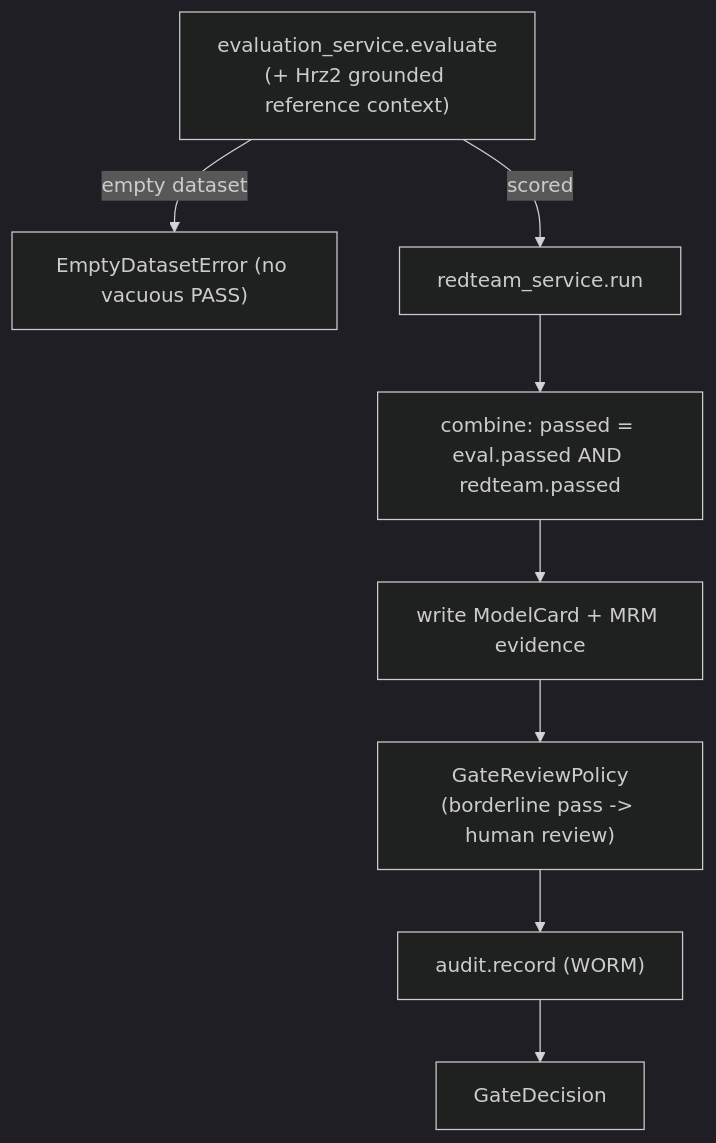
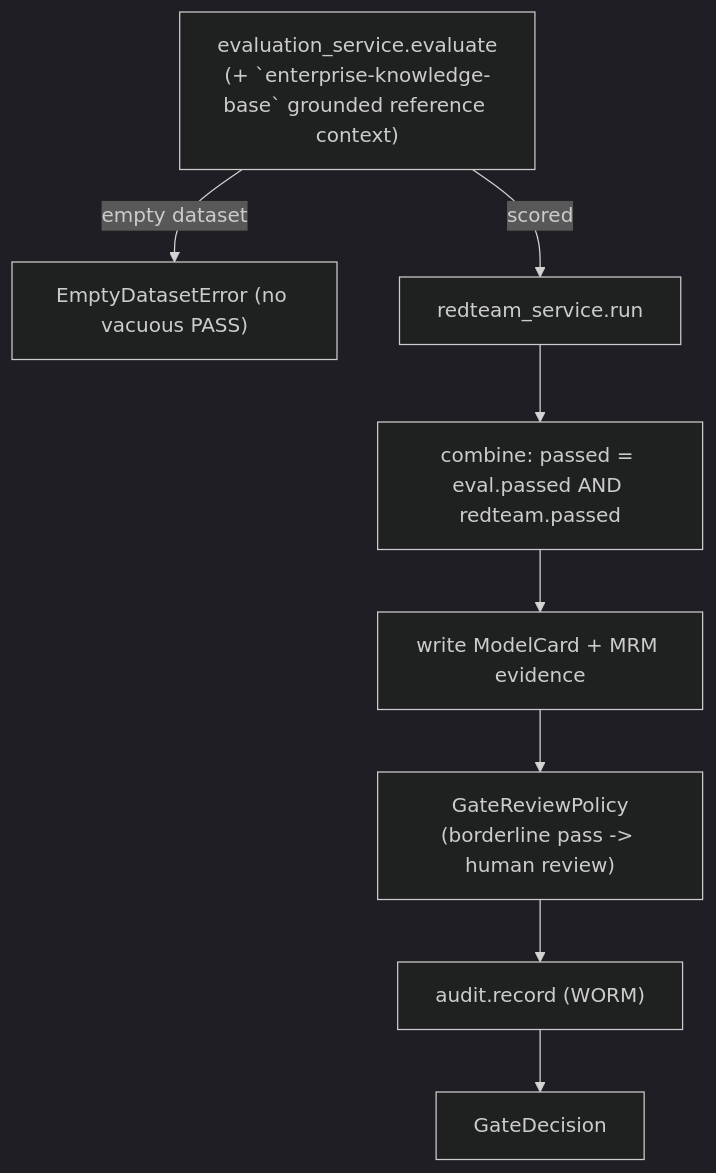
The second of 5 diagrams in ARCHITECTURE.md (portable-genai/model-quality-gate), drawn with Mermaid (dark theme) before and after one commit. The commit also changed other lines of this file and 28 other files, not shown here.

````diff
--- a/ARCHITECTURE.md
+++ b/ARCHITECTURE.md
@@ -108,11 +108,11 @@
 ```mermaid
 flowchart TD
-    eval["evaluation_service.evaluate<br/>(+ Hrz2 grounded reference context)"]
+    eval["evaluation_service.evaluate<br/>(+ `enterprise-knowledge-base` grounded reference context)"]
     eval -->|empty dataset| refuse["EmptyDatasetError (no vacuous PASS)"]
     eval -->|scored| red["redteam_service.run"]
     red --> combine["combine: passed = eval.passed AND redteam.passed"]
     combine --> card["write ModelCard + MRM evidence"]
     card --> policy["GateReviewPolicy<br/>(borderline pass -> human review)"]
     policy --> audit["audit.record (WORM)"]
     audit --> decision["GateDecision"]
 ```
````
